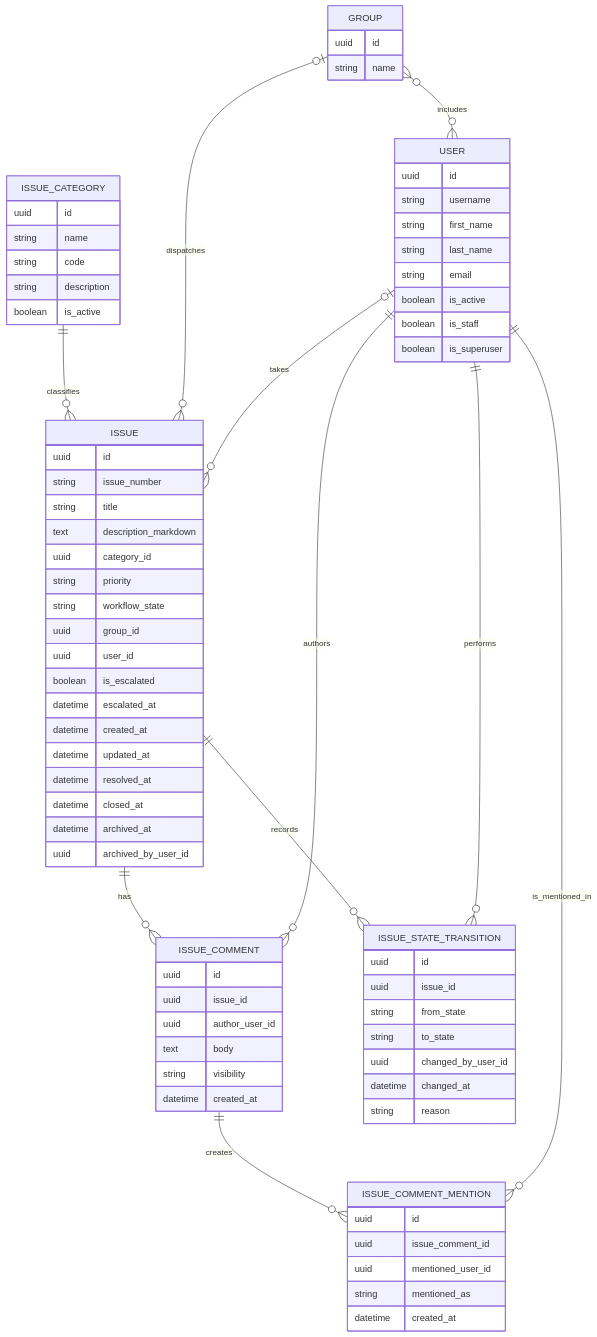
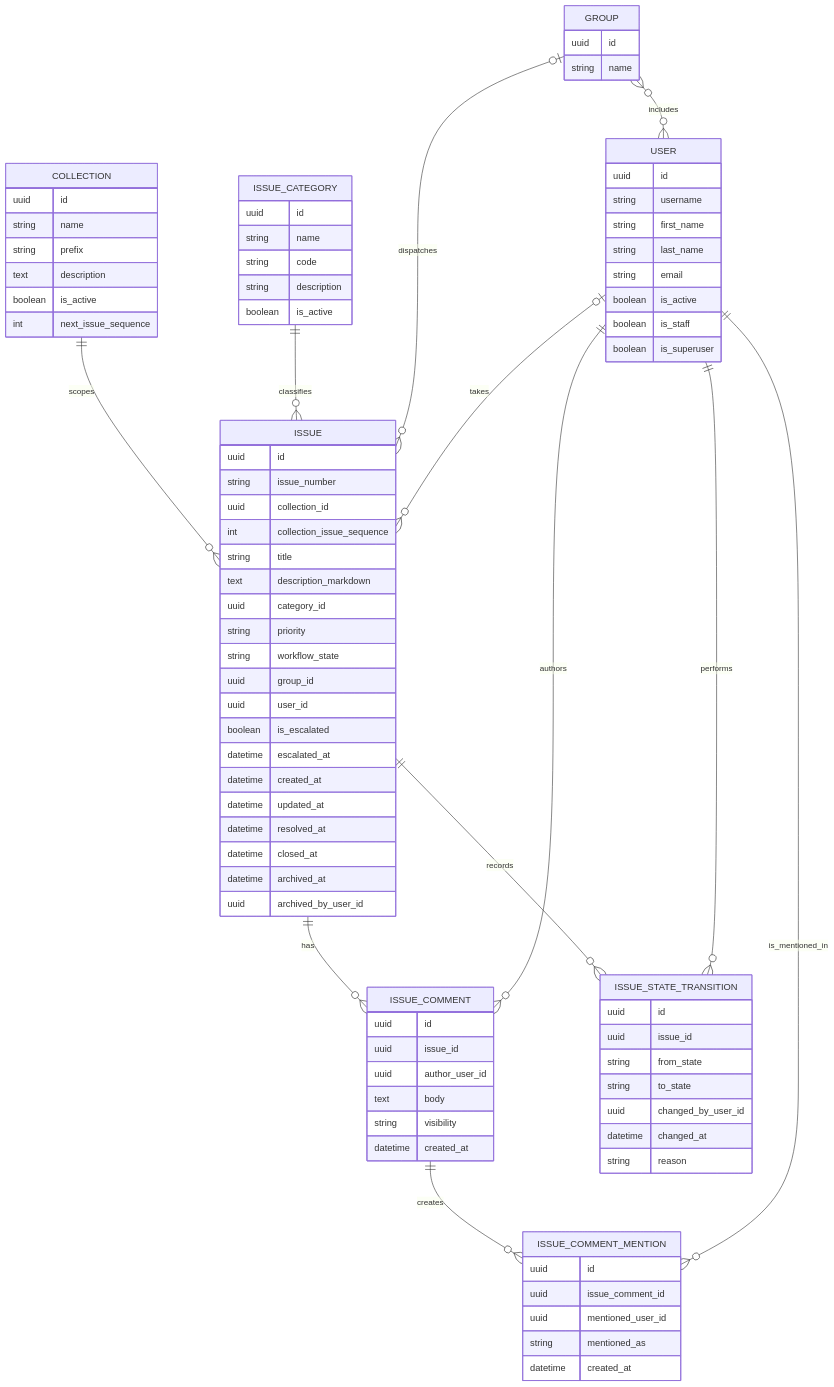
The diagram in docs/development/data-model.md (hoelsner/ticket-system-mock), drawn with Mermaid before and after one commit. The commit also changed other lines of this file and 128 other files, not shown here.

```diff
--- a/docs/development/data-model.md
+++ b/docs/development/data-model.md
@@ -289,6 +315,8 @@
     ISSUE {
         uuid id
         string issue_number
+      uuid collection_id
+      int collection_issue_sequence
         string title
       text description_markdown
         uuid category_id
@@ -304,6 +332,15 @@
         datetime closed_at
         datetime archived_at
         uuid archived_by_user_id
+    }
+
+    COLLECTION {
+      uuid id
+      string name
+      string prefix
+      text description
+      boolean is_active
+      int next_issue_sequence
     }
 
     ISSUE_CATEGORY {
@@ -357,6 +394,7 @@
         string reason
     }
 
+    COLLECTION ||--o{ ISSUE : scopes
     ISSUE_CATEGORY ||--o{ ISSUE : classifies
     GROUP o|--o{ ISSUE : dispatches
     USER o|--o{ ISSUE : takes
```
